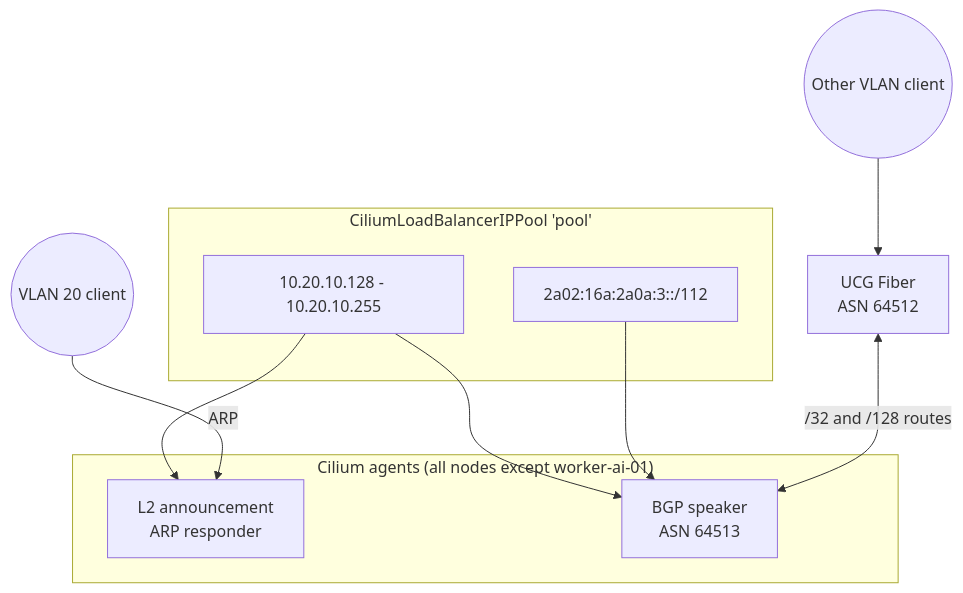
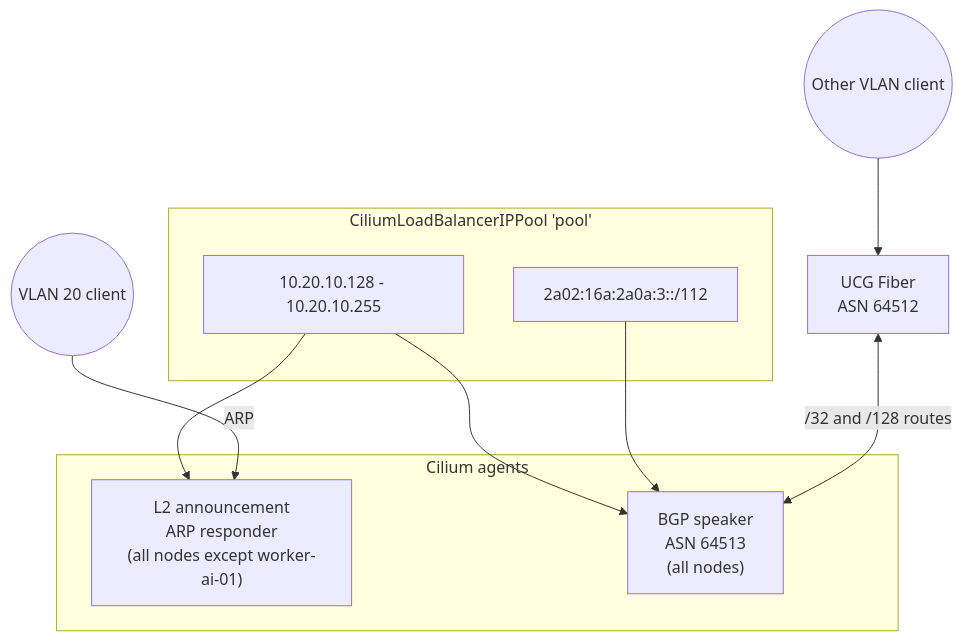
Before and after one commit to swibrow/home-ops: the diagram in docs/networking/load-balancers.md, drawn with Mermaid. The commit also changed 5 other files, not shown here.

Commit message:
feat(cilium): peer worker-ai-01 with the gateway over BGP

````diff
--- a/docs/networking/load-balancers.md
+++ b/docs/networking/load-balancers.md
@@ -11,19 +11,19 @@
 ```mermaid
 flowchart TB
     subgraph Pool["CiliumLoadBalancerIPPool 'pool'"]
         V4["10.20.10.128 - 10.20.10.255"]
         V6["2a02:16a:2a0a:3::/112"]
     end
 
-    subgraph Cilium["Cilium agents (all nodes except worker-ai-01)"]
-        L2[L2 announcement<br/>ARP responder]
-        BGP[BGP speaker<br/>ASN 64513]
+    subgraph Cilium["Cilium agents"]
+        L2["L2 announcement<br/>ARP responder<br/>(all nodes except worker-ai-01)"]
+        BGP["BGP speaker<br/>ASN 64513<br/>(all nodes)"]
     end
 
     V4 --> L2 & BGP
     V6 --> BGP
 
     VLAN20((VLAN 20 client)) -->|"ARP"| L2
     UCG[UCG Fiber<br/>ASN 64512] <-->|"/32 and /128 routes"| BGP
     Other((Other VLAN client)) --> UCG
 ```
````
